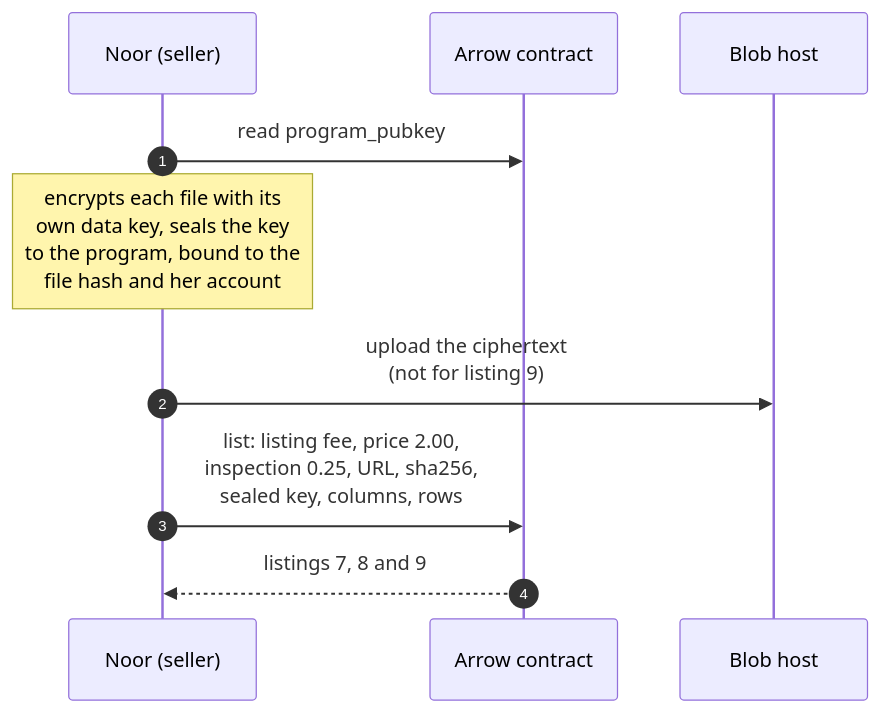
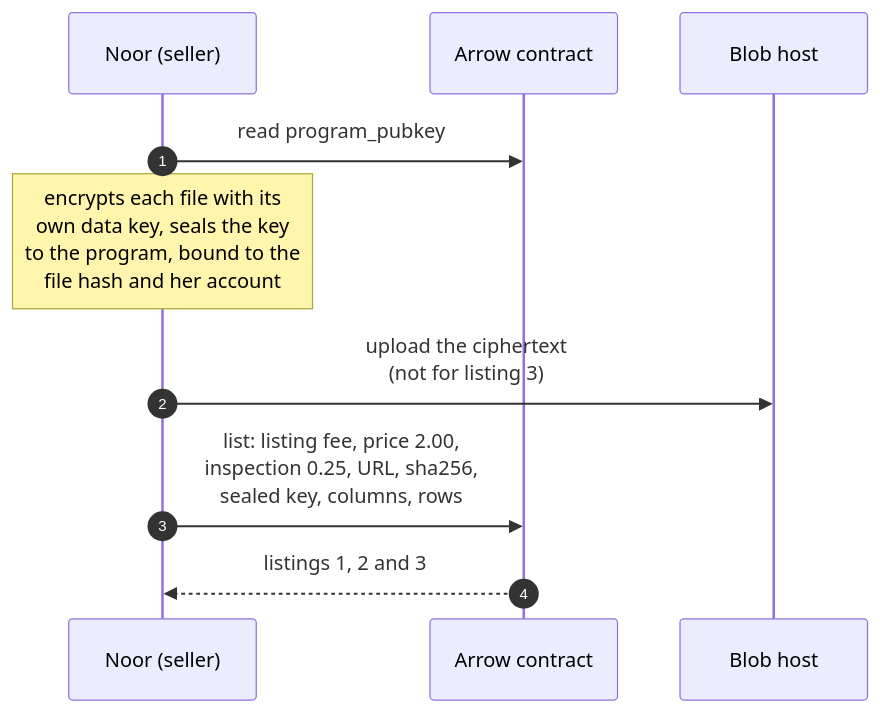
The second of 10 diagrams in README.md (yigitcangokmen/arrow), drawn with Mermaid before and after one commit. The commit also changed other lines of this file and 3 other files, not shown here.

````diff
--- a/README.md
+++ b/README.md
@@ -51,12 +51,12 @@
 ```mermaid
 sequenceDiagram
   autonumber
   participant Noor as Noor (seller)
   participant Market as Arrow contract
   participant Host as Blob host
   Noor->>Market: read program_pubkey
   Note over Noor: encrypts each file with its<br/>own data key, seals the key<br/>to the program, bound to the<br/>file hash and her account
-  Noor->>Host: upload the ciphertext<br/>(not for listing 9)
+  Noor->>Host: upload the ciphertext<br/>(not for listing 3)
   Noor->>Market: list: listing fee, price 2.00,<br/>inspection 0.25, URL, sha256,<br/>sealed key, columns, rows
-  Market-->>Noor: listings 7, 8 and 9
+  Market-->>Noor: listings 1, 2 and 3
 ```
````
